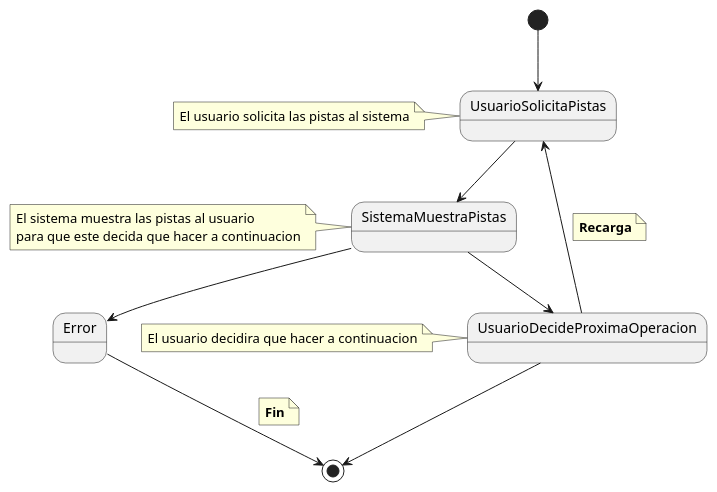
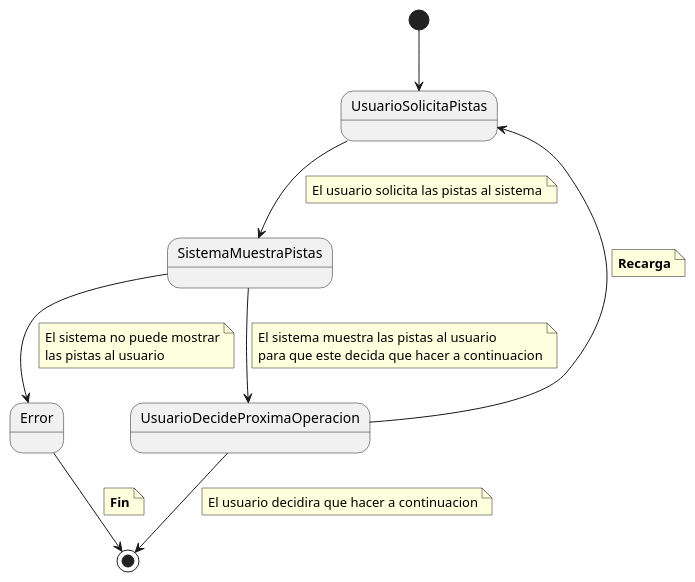
Before and after one commit to pablarce/23-24-IdSw1-SDR: the diagram in CasosDeUso/CduDetallados/CduPistas/LeerPista.puml, drawn with PlantUML. The commit also changed 11 other files, not shown here.

Commit message:
chore: Update use case diagrams for Pistas module

```diff
--- a/CasosDeUso/CduDetallados/CduPistas/LeerPista.puml
+++ b/CasosDeUso/CduDetallados/CduPistas/LeerPista.puml
@@ -1,27 +1,30 @@
 @startuml 
 [*] --> UsuarioSolicitaPistas
 UsuarioSolicitaPistas -d-> SistemaMuestraPistas
-note left of UsuarioSolicitaPistas
+note on link
     El usuario solicita las pistas al sistema
 end note
-
 SistemaMuestraPistas -d-> UsuarioDecideProximaOperacion
-note left of SistemaMuestraPistas
+note on link
     El sistema muestra las pistas al usuario
     para que este decida que hacer a continuacion
 end note
 UsuarioDecideProximaOperacion --> UsuarioSolicitaPistas
 note on link
     **Recarga**
 end note
 SistemaMuestraPistas -d-> Error
+note on link
+    El sistema no puede mostrar
+    las pistas al usuario
+end note
 Error -d-> [*]
 note on link
     **Fin**
 end note
 UsuarioDecideProximaOperacion -d-> [*]
-note left of UsuarioDecideProximaOperacion
+note on link
     El usuario decidira que hacer a continuacion
 end note
 
 @enduml
```
